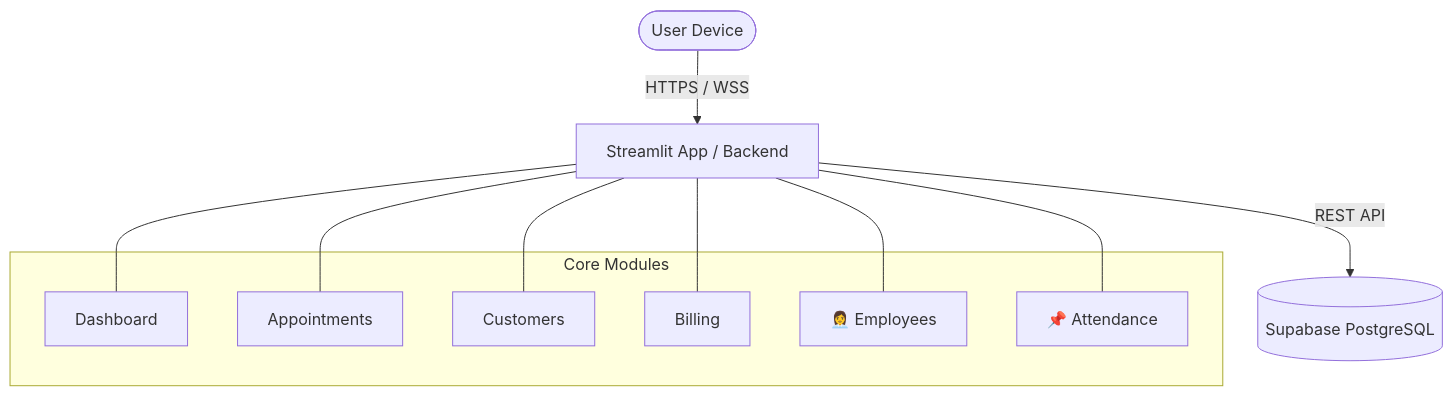
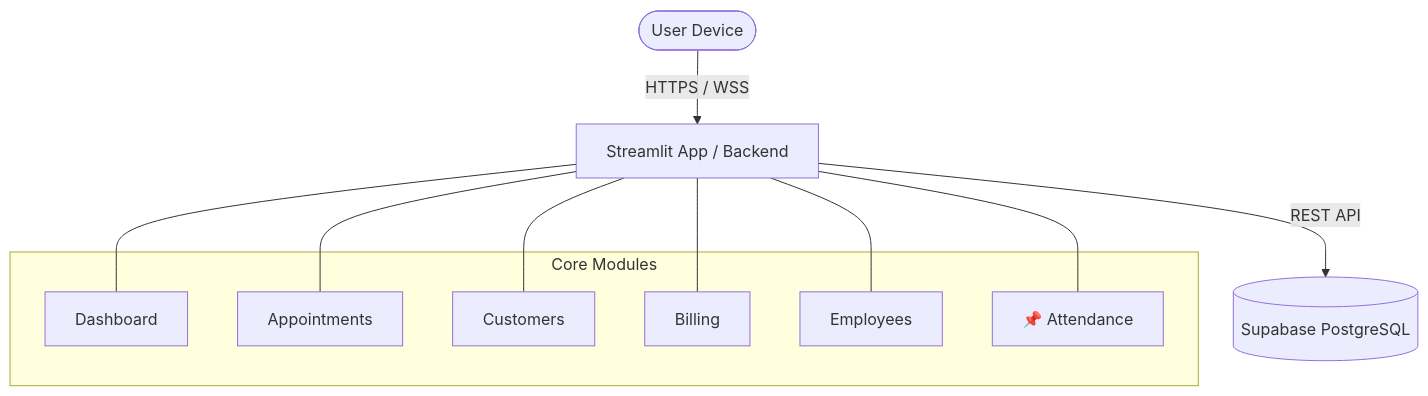
The first of 2 diagrams in README.md (ItsMeTinku/Salon-Management-System), drawn with Mermaid before and after one commit.

Commit message:
Remove emoji from Employees section in README

````diff
--- a/README.md
+++ b/README.md
@@ -69,21 +69,21 @@
 ```mermaid
 graph TD
     User([User Device]) -->|HTTPS / WSS| Streamlit[Streamlit App / Backend]
     Streamlit -->|REST API| Supabase[(Supabase PostgreSQL)]
     
     subgraph Core Modules
         Dashboard[ Dashboard]
         Appointments[ Appointments]
         Customers[ Customers]
         Billing[ Billing]
-        Employees[👩‍💼 Employees]
+        Employees[ Employees]
         Attendance[📌 Attendance]
     end
     
     Streamlit --- Dashboard
     Streamlit --- Appointments
     Streamlit --- Customers
     Streamlit --- Billing
     Streamlit --- Employees
     Streamlit --- Attendance
 ```
````
